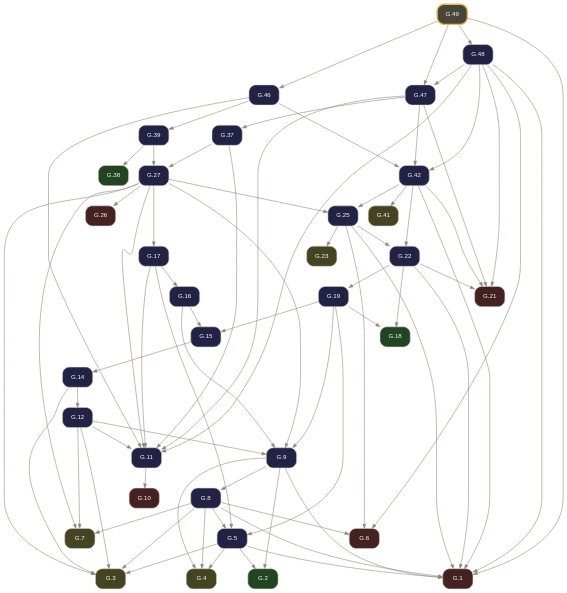
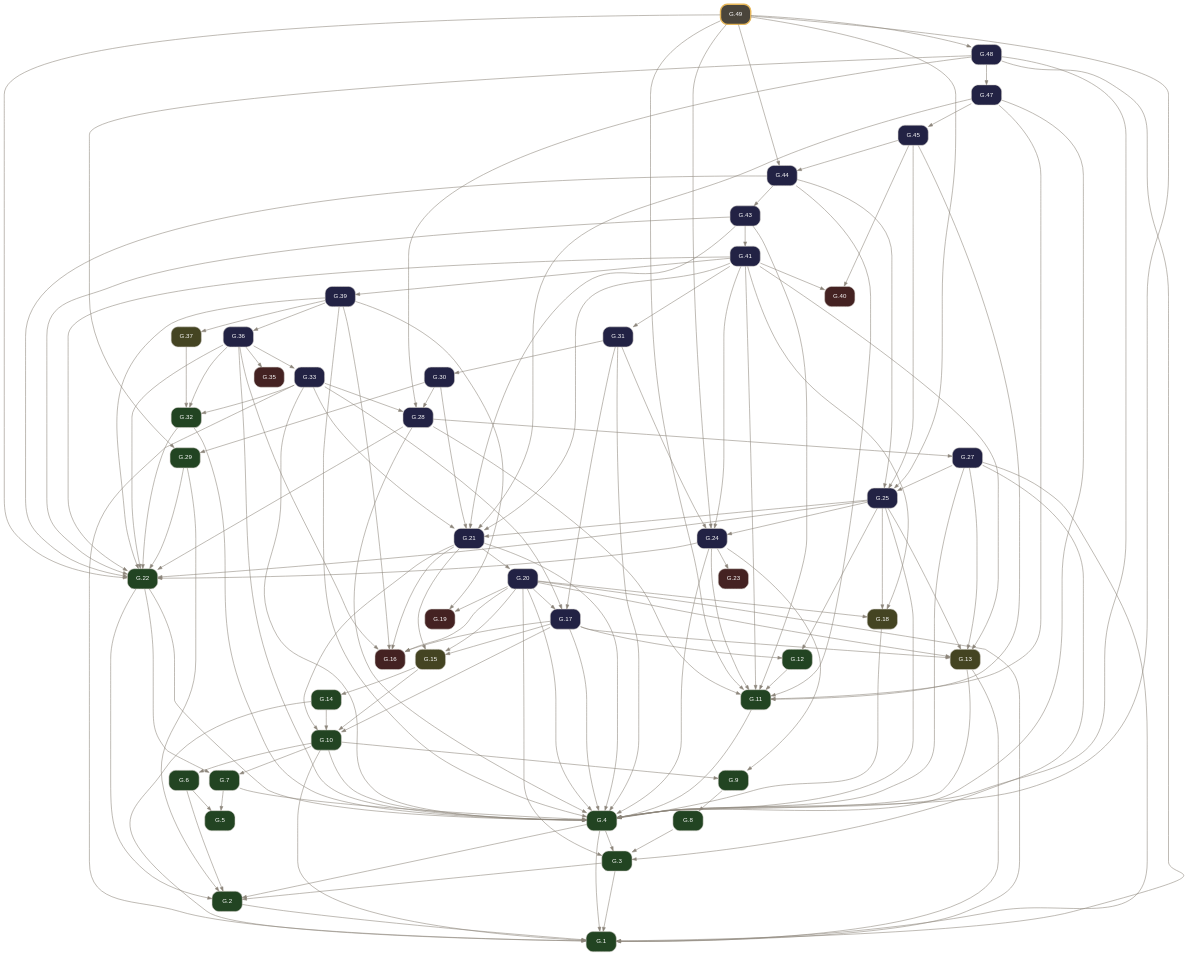
Before and after one commit to geometor/elements: the diagram in docsrc/elements2/G.49/index.rst, drawn with Graphviz. The commit also changed other lines of this file and 2974 other files, not shown here.

Commit message:
feat(elements2): wire defined terms, short verb titles, coincidence operator, and 2-point circle notation (v0.4.0)

```diff
--- a/docsrc/elements2/G.49/index.rst
+++ b/docsrc/elements2/G.49/index.rst
@@ -75,109 +100,185 @@
      node [shape=box, style="rounded,filled", fontname="Helvetica", fontsize=11, color="#d6d3cd", fontcolor="#ffffff"];
      edge [color="#8c857b", fontcolor="#8c857b", arrowsize=0.75];
      rankdir="TB";
-     "G.1" [label="G.1", tooltip="G.1 (I.cn.1): Things equal to the same thing are equal to one another.", fillcolor="#442222", URL="../G.1/index.html", target="_top"];
-     "G.2" [label="G.2", tooltip="G.2 (I.def.15): A circle is a plane figure contained by one line such that all segments falling upon it from its center are equal.", fillcolor="#224422", URL="../G.2/index.html", target="_top"];
-     "G.3" [label="G.3", tooltip="G.3 (I.post.1): Construct a segment between any two points.", fillcolor="#444422", URL="../G.3/index.html", target="_top"];
-     "G.4" [label="G.4", tooltip="G.4 (I.post.3): Construct a circle with any center and radius.", fillcolor="#444422", URL="../G.4/index.html", target="_top"];
-     "G.5" [label="G.5", tooltip="G.5 (I.1): Construct an equilateral triangle on a given finite segment.", fillcolor="#222244", URL="../G.5/index.html", target="_top"];
-     "G.6" [label="G.6", tooltip="G.6 (I.cn.3): If equals are subtracted from equals, the remainders are equal.", fillcolor="#442222", URL="../G.6/index.html", target="_top"];
-     "G.7" [label="G.7", tooltip="G.7 (I.post.2): Extend a finite segment continuously in a straight line.", fillcolor="#444422", URL="../G.7/index.html", target="_top"];
-     "G.8" [label="G.8", tooltip="G.8 (I.2): Construct at a given point a segment equal to a given segment.", fillcolor="#222244", URL="../G.8/index.html", target="_top"];
-     "G.9" [label="G.9", tooltip="G.9 (I.3): Cut off from the greater of two unequal segments a segment equal to the less.", fillcolor="#222244", URL="../G.9/index.html", target="_top"];
-     "G.10" [label="G.10", tooltip="G.10 (I.cn.4): Things that coincide with one another are equal.", fillcolor="#442222", URL="../G.10/index.html", target="_top"];
-     "G.11" [label="G.11", tooltip="G.11 (I.4): Triangles with two sides and the included angle equal are congruent (SAS).", fillcolor="#222244", URL="../G.11/index.html", target="_top"];
-     "G.12" [label="G.12", tooltip="G.12 (I.5): In an isosceles triangle, the angles at the base are equal, and if the equal sides are extended, the angles under the base are equal.", fillcolor="#222244", URL="../G.12/index.html", target="_top"];
-     "G.14" [label="G.14", tooltip="G.14 (I.7): On the same segment and on the same side, there cannot be constructed two distinct triangles with both pairs of conterminous sides equal.", fillcolor="#222244", URL="../G.14/index.html", target="_top"];
-     "G.15" [label="G.15", tooltip="G.15 (I.8): Triangles with all three corresponding sides equal have their corresponding angles equal (SSS).", fillcolor="#222244", URL="../G.15/index.html", target="_top"];
-     "G.16" [label="G.16", tooltip="G.16 (I.9): Bisect a given angle.", fillcolor="#222244", URL="../G.16/index.html", target="_top"];
-     "G.17" [label="G.17", tooltip="G.17 (I.10): Bisect a given finite segment.", fillcolor="#222244", URL="../G.17/index.html", target="_top"];
-     "G.18" [label="G.18", tooltip="G.18 (I.def.10): When a straight line standing on a straight line makes the adjacent angles equal, each of the equal angles is a right angle, and the standing line is perpendicular to that on which...", fillcolor="#224422", URL="../G.18/index.html", target="_top"];
-     "G.19" [label="G.19", tooltip="G.19 (I.11): Construct a line at right angles to a given line from a given point on it.", fillcolor="#222244", URL="../G.19/index.html", target="_top"];
-     "G.21" [label="G.21", tooltip="G.21 (I.cn.2): If equals are added to equals, the wholes are equal.", fillcolor="#442222", URL="../G.21/index.html", target="_top"];
-     "G.22" [label="G.22", tooltip="G.22 (I.13): A ray standing on a line makes either two right angles or adjacent angles summing to two right angles.", fillcolor="#222244", URL="../G.22/index.html", target="_top"];
-     "G.23" [label="G.23", tooltip="G.23 (I.post.4): All right angles are equal.", fillcolor="#444422", URL="../G.23/index.html", target="_top"];
-     "G.25" [label="G.25", tooltip="G.25 (I.15): Intersecting lines make their vertical angles equal.", fillcolor="#222244", URL="../G.25/index.html", target="_top"];
-     "G.26" [label="G.26", tooltip="G.26 (I.cn.5): The whole is greater than the part.", fillcolor="#442222", URL="../G.26/index.html", target="_top"];
-     "G.27" [label="G.27", tooltip="G.27 (I.16): In any triangle, if one side is extended, the exterior angle is greater than either opposite interior angle.", fillcolor="#222244", URL="../G.27/index.html", target="_top"];
-     "G.37" [label="G.37", tooltip="G.37 (I.26): Triangles with two angles and one corresponding side equal are congruent (ASA / AAS).", fillcolor="#222244", URL="../G.37/index.html", target="_top"];
-     "G.38" [label="G.38", tooltip="G.38 (I.def.23): Parallel lines are straight lines in the same plane which, produced indefinitely in both directions, do not meet.", fillcolor="#224422", URL="../G.38/index.html", target="_top"];
-     "G.39" [label="G.39", tooltip="G.39 (I.27): If a transversal cutting two lines makes the alternate interior angles equal, the lines are parallel.", fillcolor="#222244", URL="../G.39/index.html", target="_top"];
-     "G.41" [label="G.41", tooltip="G.41 (I.post.5): Two lines intersected by a transversal with interior angles on one side summing to less than two right angles meet on that side.", fillcolor="#444422", URL="../G.41/index.html", target="_top"];
-     "G.42" [label="G.42", tooltip="G.42 (I.29): A transversal cutting parallel lines makes alternate interior angles equal, exterior and opposite interior angles equal, and same-side interior angles supplementary.", fillcolor="#222244", URL="../G.42/index.html", target="_top"];
-     "G.46" [label="G.46", tooltip="G.46 (I.33): Segments joining the endpoints of equal and parallel segments in the same directions are themselves equal and parallel.", fillcolor="#222244", URL="../G.46/index.html", target="_top"];
-     "G.47" [label="G.47", tooltip="G.47 (I.34): In a parallelogram, opposite sides and opposite angles are equal, and the diagonal bisects the area.", fillcolor="#222244", URL="../G.47/index.html", target="_top"];
-     "G.48" [label="G.48", tooltip="G.48 (I.35): Parallelograms on the same base and in the same parallels are equal in area.", fillcolor="#222244", URL="../G.48/index.html", target="_top"];
-     "G.49" [label="G.49", tooltip="G.49 (I.36): Parallelograms on equal bases and in the same parallels are equal in area.", penwidth=2.5, color="#e8b85a", fillcolor="#4a453b", URL="index.html", target="_top"];
-     "G.5" -> "G.1";
-     "G.8" -> "G.1";
-     "G.9" -> "G.1";
-     "G.22" -> "G.1";
-     "G.25" -> "G.1";
-     "G.42" -> "G.1";
+     "G.1" [label="G.1", tooltip="G.1 (I.def.1): A point A is that which has no part.", fillcolor="#224422", URL="../G.1/index.html", target="_top"];
+     "G.2" [label="G.2", tooltip="G.2 (I.def.2): A line [ A B ] is a projection of a relationship of two points A, B.", fillcolor="#224422", URL="../G.2/index.html", target="_top"];
+     "G.3" [label="G.3", tooltip="G.3 (I.def.3): The extremities of a segment / A B / are points A, B.", fillcolor="#224422", URL="../G.3/index.html", target="_top"];
+     "G.4" [label="G.4", tooltip="G.4 (I.def.4): A segment / A B / is a portion of a line [ A B ] between two points A, B on the line.", fillcolor="#224422", URL="../G.4/index.html", target="_top"];
+     "G.5" [label="G.5", tooltip="G.5 (I.def.5): A surface is that which has length and breadth only.", fillcolor="#224422", URL="../G.5/index.html", target="_top"];
+     "G.6" [label="G.6", tooltip="G.6 (I.def.6): The extremities of a surface are lines or arcs.", fillcolor="#224422", URL="../G.6/index.html", target="_top"];
+     "G.7" [label="G.7", tooltip="G.7 (I.def.7): A plane surface lies evenly with the lines on itself.", fillcolor="#224422", URL="../G.7/index.html", target="_top"];
+     "G.8" [label="G.8", tooltip="G.8 (I.def.13): A boundary is the extremity of anything.", fillcolor="#224422", URL="../G.8/index.html", target="_top"];
+     "G.9" [label="G.9", tooltip="G.9 (I.def.14): A figure is that which is contained by any boundary or boundaries.", fillcolor="#224422", URL="../G.9/index.html", target="_top"];
+     "G.10" [label="G.10", tooltip="G.10 (I.def.15): A circle ( A B ) is a plane figure contained by one arc defined by a center A and a point B establishing its defining radius / A B /, such that all segments / A B /, / A C /, / A D...", fillcolor="#224422", URL="../G.10/index.html", target="_top"];
+     "G.11" [label="G.11", tooltip="G.11 (I.def.19): Rectilineal figures are contained by segments: trilateral by three, quadrilateral by four, and multilateral by more than four.", fillcolor="#224422", URL="../G.11/index.html", target="_top"];
+     "G.12" [label="G.12", tooltip="G.12 (I.def.20): Of trilateral figures, an equilateral triangle < A B C > has three equal sides, an isosceles triangle < D E F > has two equal sides, and a scalene triangle < G H K > has three uneq...", fillcolor="#224422", URL="../G.12/index.html", target="_top"];
+     "G.13" [label="G.13", tooltip="G.13 (I.post.1): Construct a segment / A B / between any two points A, B.", fillcolor="#444422", URL="../G.13/index.html", target="_top"];
+     "G.14" [label="G.14", tooltip="G.14 (I.def.16): The point A within the circle ( A B ) from which all segments / A B /, / A C / to the arc are equal is called the center of the circle.", fillcolor="#224422", URL="../G.14/index.html", target="_top"];
+     "G.15" [label="G.15", tooltip="G.15 (I.post.3): Construct a circle ( A B ) with center A and defining radius point B.", fillcolor="#444422", URL="../G.15/index.html", target="_top"];
+     "G.16" [label="G.16", tooltip="G.16 (I.cn.1): Things equal to the same thing are equal to one another.", fillcolor="#442222", URL="../G.16/index.html", target="_top"];
+     "G.17" [label="G.17", tooltip="G.17 (I.1): Construct an equilateral triangle on a given segment.", fillcolor="#222244", URL="../G.17/index.html", target="_top"];
+     "G.18" [label="G.18", tooltip="G.18 (I.post.2): Extend a segment / A B / continuously along a line [ A B ] to / B C /.", fillcolor="#444422", URL="../G.18/index.html", target="_top"];
+     "G.19" [label="G.19", tooltip="G.19 (I.cn.3): If equals are subtracted from equals, the remainders are equal.", fillcolor="#442222", URL="../G.19/index.html", target="_top"];
+     "G.20" [label="G.20", tooltip="G.20 (I.2): Construct at a given point a segment equal to a given segment.", fillcolor="#222244", URL="../G.20/index.html", target="_top"];
+     "G.21" [label="G.21", tooltip="G.21 (I.3): Cut off from the greater of two unequal segments a segment equal to the less.", fillcolor="#222244", URL="../G.21/index.html", target="_top"];
+     "G.22" [label="G.22", tooltip="G.22 (I.def.8): A plane angle is the inclination to one another of two lines or arcs in a plane that meet and do not lie on the same line.", fillcolor="#224422", URL="../G.22/index.html", target="_top"];
+     "G.23" [label="G.23", tooltip="G.23 (I.cn.4): Things / A B /, / D E / that coincide with one another are equal to one another.", fillcolor="#442222", URL="../G.23/index.html", target="_top"];
+     "G.24" [label="G.24", tooltip="G.24 (I.4): Triangles with two sides and the included angle equal are congruent (SAS).", fillcolor="#222244", URL="../G.24/index.html", target="_top"];
+     "G.25" [label="G.25", tooltip="G.25 (I.5): In an isosceles triangle, the angles at the base are equal, and if the equal sides are extended, the angles under the base are equal.", fillcolor="#222244", URL="../G.25/index.html", target="_top"];
+     "G.27" [label="G.27", tooltip="G.27 (I.7): On the same segment and on the same side, there cannot be constructed two distinct triangles with both pairs of conterminous sides equal.", fillcolor="#222244", URL="../G.27/index.html", target="_top"];
+     "G.28" [label="G.28", tooltip="G.28 (I.8): Triangles with all three corresponding sides equal have their corresponding angles equal (SSS).", fillcolor="#222244", URL="../G.28/index.html", target="_top"];
+     "G.29" [label="G.29", tooltip="G.29 (I.def.9): A rectilineal angle is contained by two segments or lines.", fillcolor="#224422", URL="../G.29/index.html", target="_top"];
+     "G.30" [label="G.30", tooltip="G.30 (I.9): Bisect a given angle.", fillcolor="#222244", URL="../G.30/index.html", target="_top"];
+     "G.31" [label="G.31", tooltip="G.31 (I.10): Bisect a given segment.", fillcolor="#222244", URL="../G.31/index.html", target="_top"];
+     "G.32" [label="G.32", tooltip="G.32 (I.def.10): When a segment standing on a line makes the adjacent angles equal, each of the equal angles is a right angle, and the standing segment is perpendicular to the line.", fillcolor="#224422", URL="../G.32/index.html", target="_top"];
+     "G.33" [label="G.33", tooltip="G.33 (I.11): Construct a segment at right angles to a given line from a given point on it.", fillcolor="#222244", URL="../G.33/index.html", target="_top"];
+     "G.35" [label="G.35", tooltip="G.35 (I.cn.2): If equals are added to equals, the wholes are equal.", fillcolor="#442222", URL="../G.35/index.html", target="_top"];
+     "G.36" [label="G.36", tooltip="G.36 (I.13): A segment standing on a line makes either two right angles or adjacent angles summing to two right angles.", fillcolor="#222244", URL="../G.36/index.html", target="_top"];
+     "G.37" [label="G.37", tooltip="G.37 (I.post.4): All right angles are equal.", fillcolor="#444422", URL="../G.37/index.html", target="_top"];
+     "G.39" [label="G.39", tooltip="G.39 (I.15): Intersecting lines make their vertical angles equal.", fillcolor="#222244", URL="../G.39/index.html", target="_top"];
+     "G.40" [label="G.40", tooltip="G.40 (I.cn.5): The whole is greater than the part.", fillcolor="#442222", URL="../G.40/index.html", target="_top"];
+     "G.41" [label="G.41", tooltip="G.41 (I.16): In any triangle, if one side is extended, the exterior angle is greater than either opposite interior angle.", fillcolor="#222244", URL="../G.41/index.html", target="_top"];
+     "G.43" [label="G.43", tooltip="G.43 (I.18): In any triangle, the greater side subtends the greater angle.", fillcolor="#222244", URL="../G.43/index.html", target="_top"];
+     "G.44" [label="G.44", tooltip="G.44 (I.19): In any triangle, the greater angle is subtended by the greater side.", fillcolor="#222244", URL="../G.44/index.html", target="_top"];
+     "G.45" [label="G.45", tooltip="G.45 (I.20): In any triangle, the sum of any two sides is greater than the remaining side.", fillcolor="#222244", URL="../G.45/index.html", target="_top"];
+     "G.47" [label="G.47", tooltip="G.47 (I.22): Construct a triangle from three segments equal to three given segments satisfying the triangle inequality.", fillcolor="#222244", URL="../G.47/index.html", target="_top"];
+     "G.48" [label="G.48", tooltip="G.48 (I.23): Construct on a given line at a given point an angle equal to a given angle.", fillcolor="#222244", URL="../G.48/index.html", target="_top"];
+     "G.49" [label="G.49", tooltip="G.49 (I.24): If two triangles have two sides equal to two sides respectively, the one with the greater included angle has the greater base.", penwidth=2.5, color="#e8b85a", fillcolor="#4a453b", URL="index.html", target="_top"];
+     "G.2" -> "G.1";
+     "G.3" -> "G.1";
+     "G.4" -> "G.1";
+     "G.10" -> "G.1";
+     "G.13" -> "G.1";
+     "G.14" -> "G.1";
+     "G.20" -> "G.1";
+     "G.27" -> "G.1";
+     "G.33" -> "G.1";
      "G.48" -> "G.1";
-     "G.49" -> "G.1";
-     "G.5" -> "G.2";
-     "G.9" -> "G.2";
-     "G.5" -> "G.3";
+     "G.3" -> "G.2";
+     "G.4" -> "G.2";
+     "G.6" -> "G.2";
+     "G.22" -> "G.2";
+     "G.29" -> "G.2";
+     "G.4" -> "G.3";
      "G.8" -> "G.3";
-     "G.12" -> "G.3";
-     "G.14" -> "G.3";
+     "G.20" -> "G.3";
      "G.27" -> "G.3";
-     "G.5" -> "G.4";
-     "G.8" -> "G.4";
-     "G.9" -> "G.4";
-     "G.8" -> "G.5";
-     "G.17" -> "G.5";
-     "G.19" -> "G.5";
-     "G.8" -> "G.6";
-     "G.25" -> "G.6";
-     "G.48" -> "G.6";
-     "G.8" -> "G.7";
-     "G.12" -> "G.7";
-     "G.27" -> "G.7";
+     "G.7" -> "G.4";
+     "G.10" -> "G.4";
+     "G.11" -> "G.4";
+     "G.13" -> "G.4";
+     "G.17" -> "G.4";
+     "G.18" -> "G.4";
+     "G.20" -> "G.4";
+     "G.21" -> "G.4";
+     "G.22" -> "G.4";
+     "G.24" -> "G.4";
+     "G.25" -> "G.4";
+     "G.27" -> "G.4";
+     "G.28" -> "G.4";
+     "G.31" -> "G.4";
+     "G.32" -> "G.4";
+     "G.33" -> "G.4";
+     "G.36" -> "G.4";
+     "G.39" -> "G.4";
+     "G.47" -> "G.4";
+     "G.48" -> "G.4";
+     "G.49" -> "G.4";
+     "G.6" -> "G.5";
+     "G.7" -> "G.5";
+     "G.10" -> "G.6";
+     "G.10" -> "G.7";
+     "G.22" -> "G.7";
      "G.9" -> "G.8";
-     "G.12" -> "G.9";
-     "G.16" -> "G.9";
-     "G.19" -> "G.9";
-     "G.27" -> "G.9";
-     "G.11" -> "G.10";
+     "G.10" -> "G.9";
+     "G.24" -> "G.9";
+     "G.14" -> "G.10";
+     "G.15" -> "G.10";
+     "G.17" -> "G.10";
+     "G.21" -> "G.10";
      "G.12" -> "G.11";
-     "G.17" -> "G.11";
-     "G.27" -> "G.11";
-     "G.37" -> "G.11";
-     "G.46" -> "G.11";
+     "G.24" -> "G.11";
+     "G.28" -> "G.11";
+     "G.41" -> "G.11";
+     "G.43" -> "G.11";
+     "G.44" -> "G.11";
+     "G.45" -> "G.11";
      "G.47" -> "G.11";
-     "G.48" -> "G.11";
-     "G.14" -> "G.12";
+     "G.49" -> "G.11";
+     "G.17" -> "G.12";
+     "G.25" -> "G.12";
+     "G.17" -> "G.13";
+     "G.20" -> "G.13";
+     "G.25" -> "G.13";
+     "G.27" -> "G.13";
+     "G.41" -> "G.13";
      "G.15" -> "G.14";
-     "G.16" -> "G.15";
-     "G.19" -> "G.15";
+     "G.17" -> "G.15";
+     "G.20" -> "G.15";
+     "G.21" -> "G.15";
      "G.17" -> "G.16";
-     "G.27" -> "G.17";
-     "G.19" -> "G.18";
-     "G.22" -> "G.18";
-     "G.22" -> "G.19";
-     "G.22" -> "G.21";
-     "G.42" -> "G.21";
+     "G.20" -> "G.16";
+     "G.21" -> "G.16";
+     "G.36" -> "G.16";
+     "G.39" -> "G.16";
+     "G.20" -> "G.17";
+     "G.31" -> "G.17";
+     "G.33" -> "G.17";
+     "G.20" -> "G.18";
+     "G.25" -> "G.18";
+     "G.41" -> "G.18";
+     "G.20" -> "G.19";
+     "G.39" -> "G.19";
+     "G.21" -> "G.20";
+     "G.25" -> "G.21";
+     "G.30" -> "G.21";
+     "G.33" -> "G.21";
+     "G.41" -> "G.21";
+     "G.43" -> "G.21";
      "G.47" -> "G.21";
-     "G.48" -> "G.21";
+     "G.24" -> "G.22";
      "G.25" -> "G.22";
-     "G.42" -> "G.22";
-     "G.25" -> "G.23";
+     "G.28" -> "G.22";
+     "G.29" -> "G.22";
+     "G.32" -> "G.22";
+     "G.36" -> "G.22";
+     "G.39" -> "G.22";
+     "G.41" -> "G.22";
+     "G.43" -> "G.22";
+     "G.44" -> "G.22";
+     "G.49" -> "G.22";
+     "G.24" -> "G.23";
+     "G.25" -> "G.24";
+     "G.31" -> "G.24";
+     "G.41" -> "G.24";
+     "G.49" -> "G.24";
      "G.27" -> "G.25";
-     "G.42" -> "G.25";
-     "G.27" -> "G.26";
-     "G.37" -> "G.27";
-     "G.39" -> "G.27";
-     "G.47" -> "G.37";
-     "G.39" -> "G.38";
-     "G.46" -> "G.39";
-     "G.42" -> "G.41";
-     "G.46" -> "G.42";
-     "G.47" -> "G.42";
-     "G.48" -> "G.42";
-     "G.49" -> "G.46";
+     "G.44" -> "G.25";
+     "G.45" -> "G.25";
+     "G.49" -> "G.25";
+     "G.28" -> "G.27";
+     "G.30" -> "G.28";
+     "G.33" -> "G.28";
+     "G.48" -> "G.28";
+     "G.30" -> "G.29";
+     "G.48" -> "G.29";
+     "G.31" -> "G.30";
+     "G.41" -> "G.31";
+     "G.33" -> "G.32";
+     "G.36" -> "G.32";
+     "G.37" -> "G.32";
+     "G.36" -> "G.33";
+     "G.36" -> "G.35";
+     "G.39" -> "G.36";
+     "G.39" -> "G.37";
+     "G.41" -> "G.39";
+     "G.41" -> "G.40";
+     "G.45" -> "G.40";
+     "G.43" -> "G.41";
+     "G.44" -> "G.43";
+     "G.45" -> "G.44";
+     "G.49" -> "G.44";
+     "G.47" -> "G.45";
      "G.48" -> "G.47";
-     "G.49" -> "G.47";
      "G.49" -> "G.48";
    }
```
